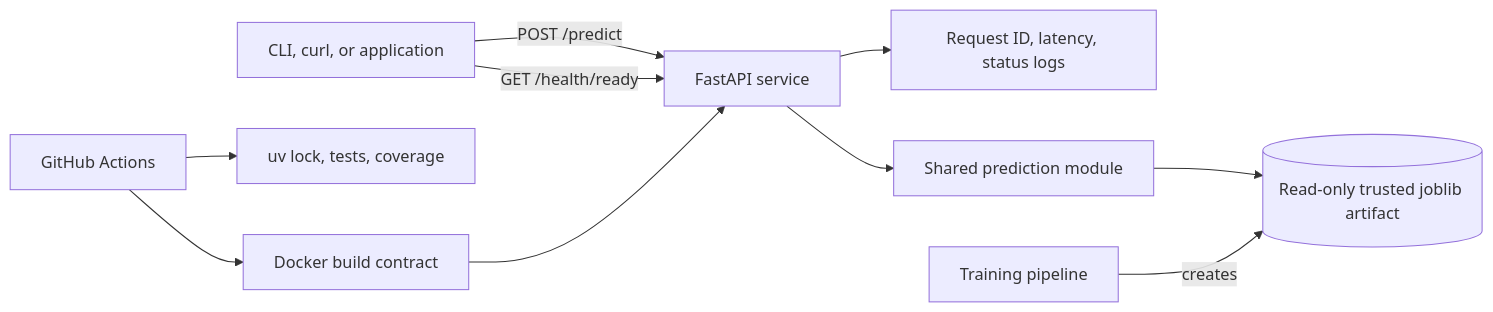
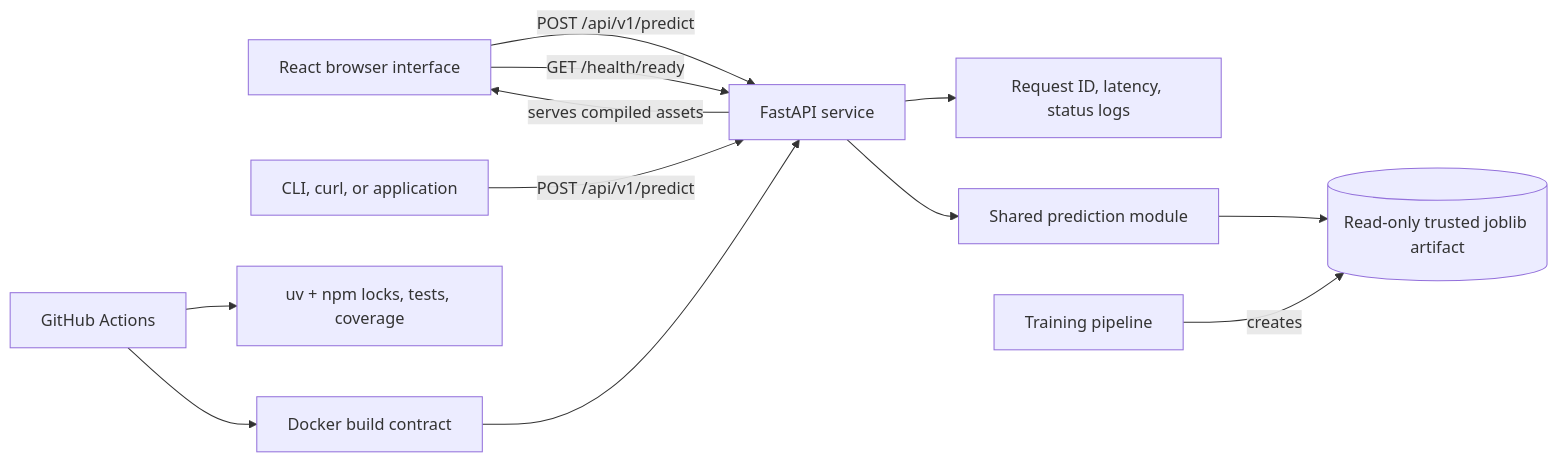
Before and after one commit to ErmisCho/sms-spam-detection-nlp: the diagram in docs/architecture.md, drawn with Mermaid. The commit also changed other lines of this file and 25 other files, not shown here.

````diff
--- a/docs/architecture.md
+++ b/docs/architecture.md
@@ -5,12 +5,14 @@
 ```mermaid
 flowchart LR
-    C[CLI, curl, or application] -->|POST /predict| A[FastAPI service]
-    C -->|GET /health/ready| A
+    B[React browser interface] -->|POST /api/v1/predict| A[FastAPI service]
+    C[CLI, curl, or application] -->|POST /api/v1/predict| A
+    B -->|GET /health/ready| A
+    A -->|serves compiled assets| B
     A --> O[Request ID, latency, status logs]
     A --> P[Shared prediction module]
     P --> M[(Read-only trusted joblib artifact)]
     T[Training pipeline] -->|creates| M
-    G[GitHub Actions] --> U[uv lock, tests, coverage]
+    G[GitHub Actions] --> U[uv + npm locks, tests, coverage]
     G --> D[Docker build contract]
     D --> A
 ```
````
